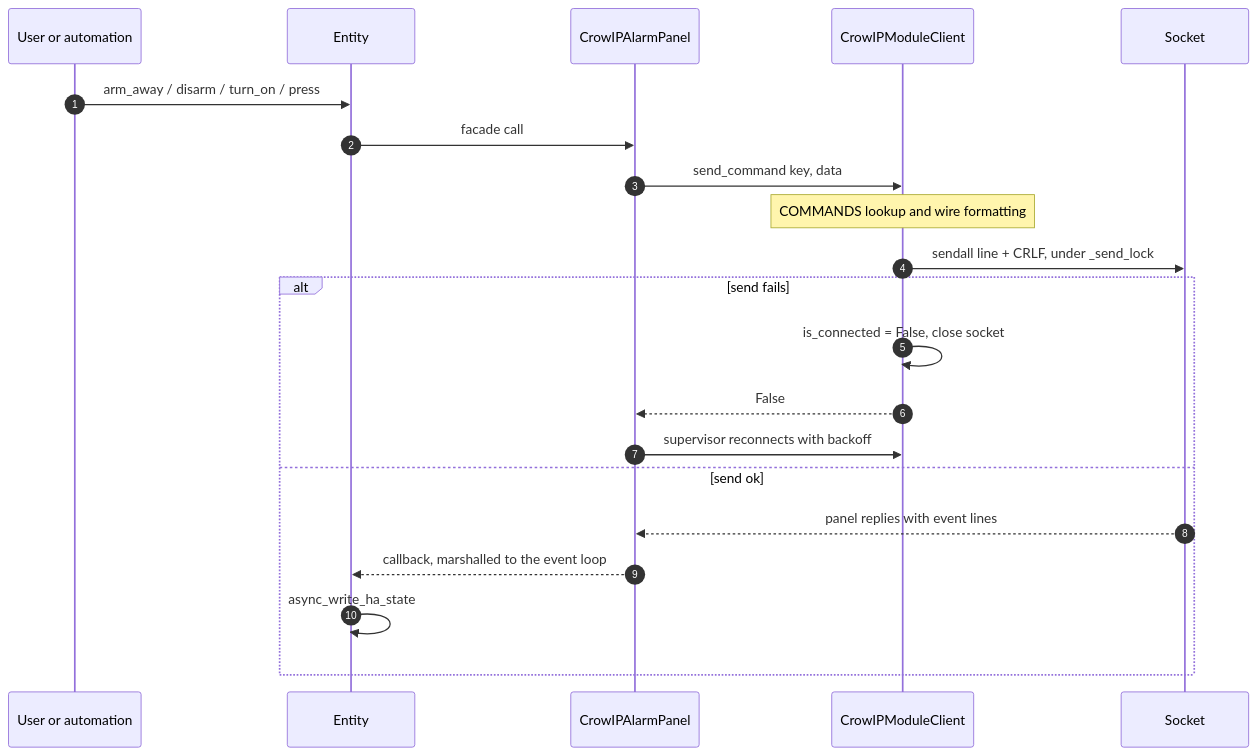
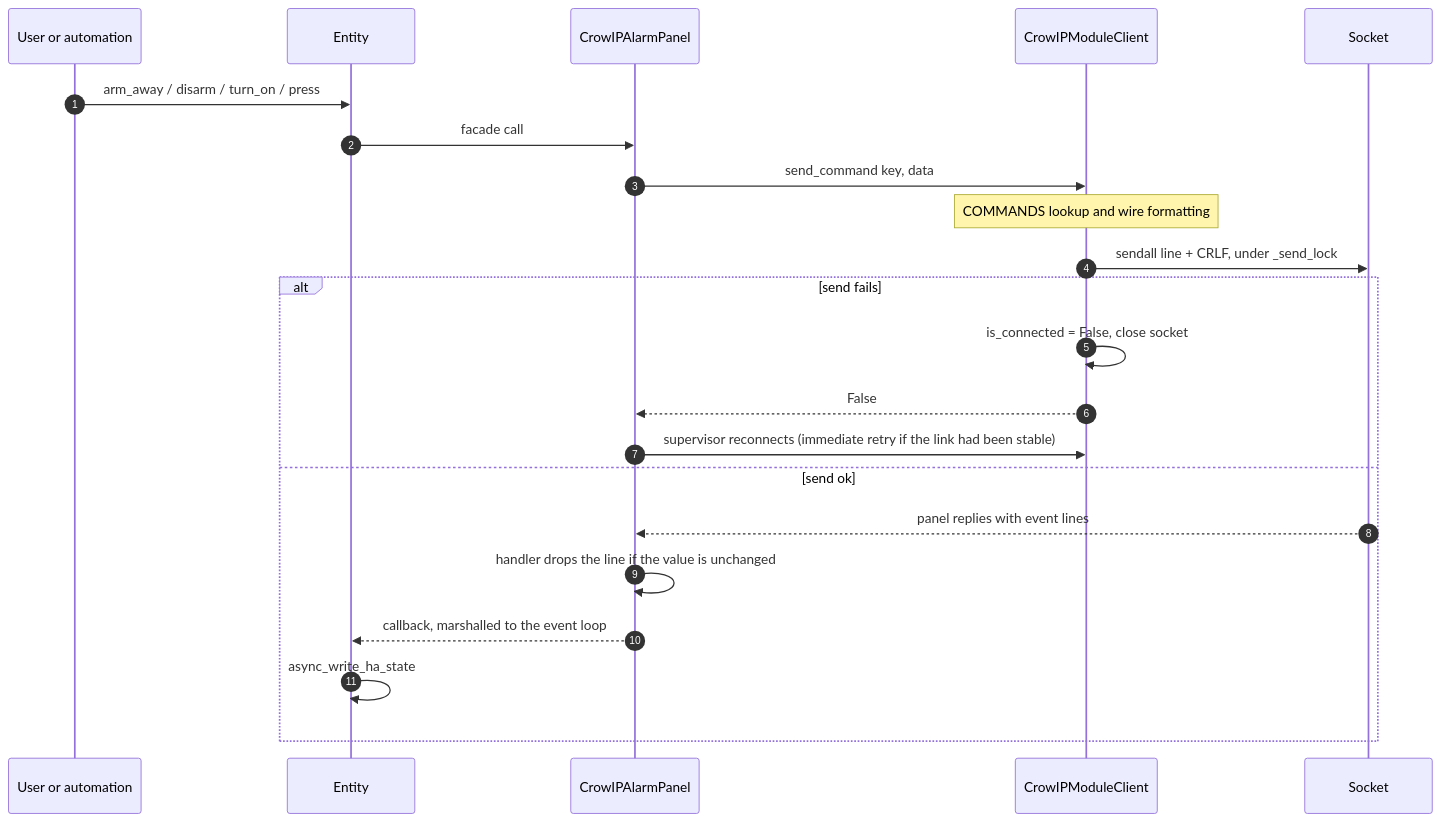
Before and after one commit to acdcnow/Crow-AAP-Alarm-System-for-Home-Assistant: the third of 13 diagrams in docs/WORKFLOWS.md, drawn with Mermaid. The commit also changed other lines of this file and 23 other files, not shown here.

````diff
--- a/docs/WORKFLOWS.md
+++ b/docs/WORKFLOWS.md
@@ -82,25 +83,26 @@
 ```mermaid
 sequenceDiagram
     autonumber
     participant U as User or automation
     participant E as Entity
     participant P as CrowIPAlarmPanel
     participant C as CrowIPModuleClient
     participant S as Socket
 
     U->>E: arm_away / disarm / turn_on / press
     E->>P: facade call
     P->>C: send_command key, data
     Note over C: COMMANDS lookup and wire formatting
     C->>S: sendall line + CRLF, under _send_lock
 
     alt send fails
         C->>C: is_connected = False, close socket
         C-->>P: False
-        P->>C: supervisor reconnects with backoff
+        P->>C: supervisor reconnects (immediate retry if the link had been stable)
     else send ok
         S-->>P: panel replies with event lines
+        P->>P: handler drops the line if the value is unchanged
         P-->>E: callback, marshalled to the event loop
         E->>E: async_write_ha_state
     end
 ```
````
